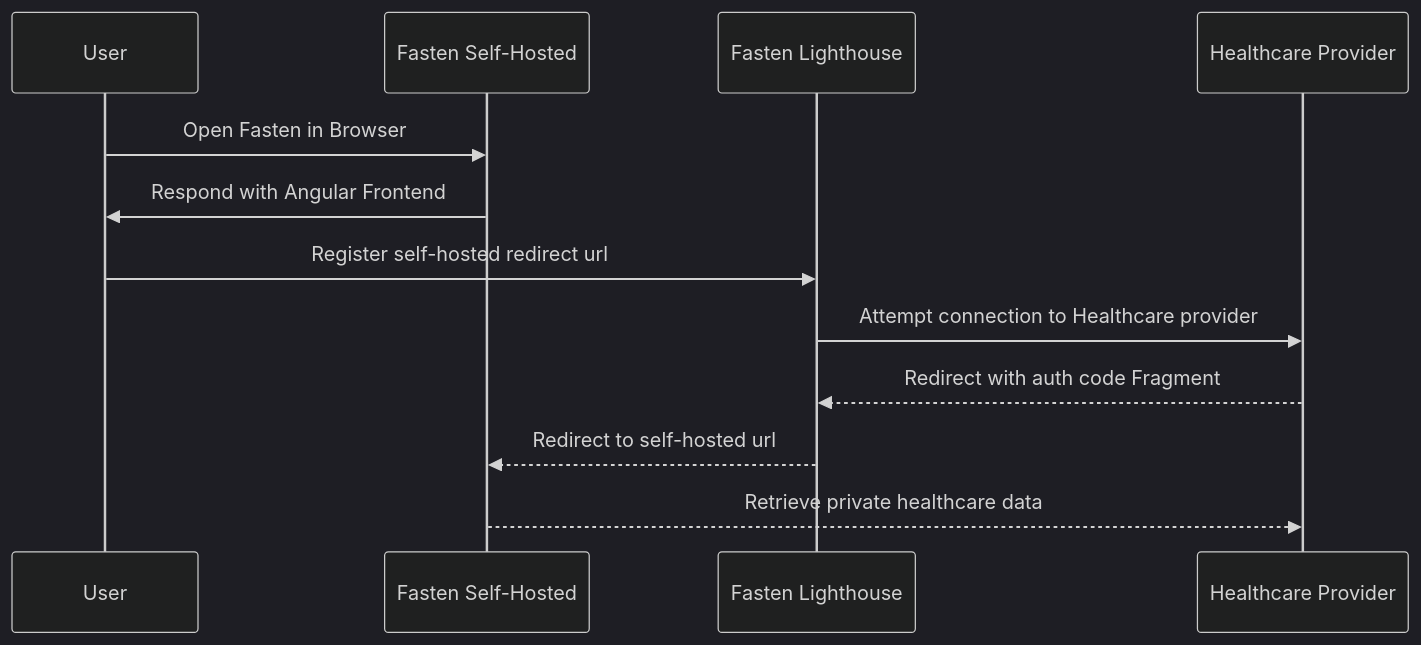
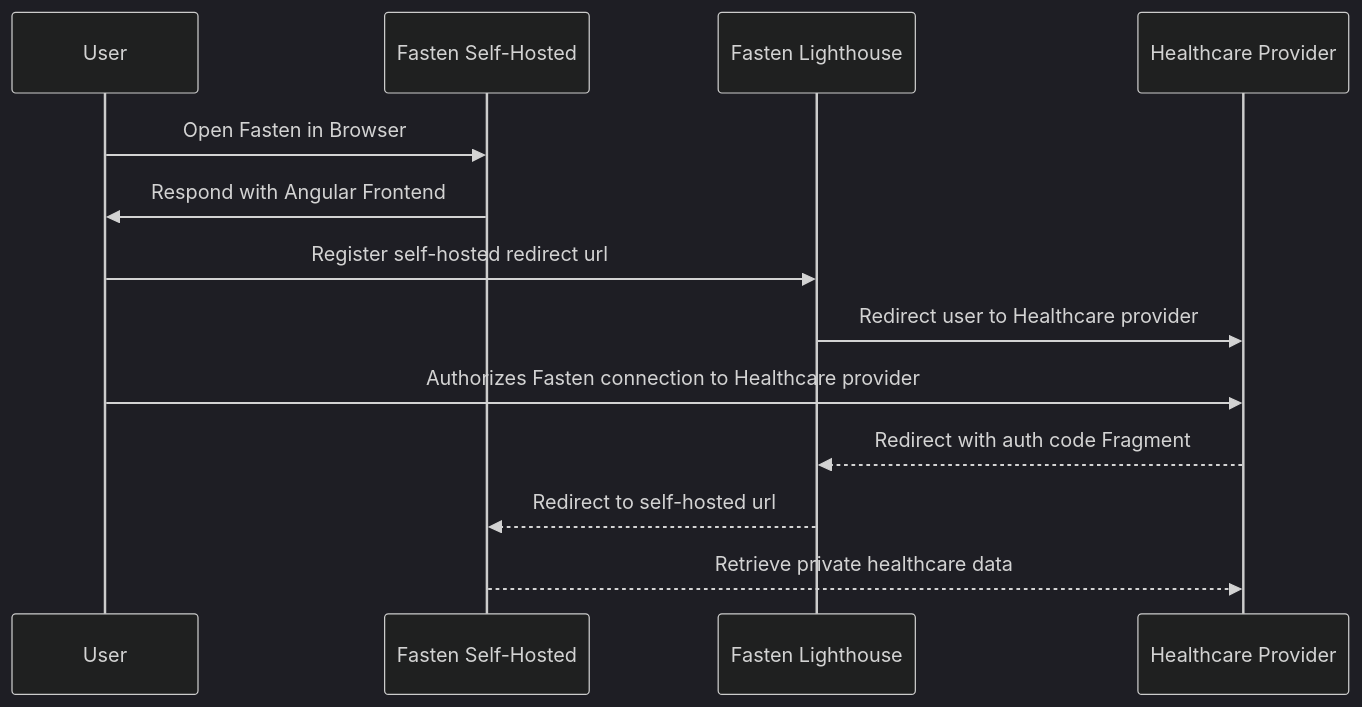
One commit to fastenhealth/docs changed the second of 2 diagrams in technical/ARCHITECTURE.md. Above: the diagram before and after it, drawn with Mermaid (dark theme).

Commit message:
vault backup: 2022-12-23 18:03:33

````diff
--- a/technical/ARCHITECTURE.md
+++ b/technical/ARCHITECTURE.md
@@ -28,10 +28,11 @@
 ```mermaid
 sequenceDiagram
 User->>Fasten Self-Hosted: Open Fasten in Browser
 Fasten Self-Hosted->>User: Respond with Angular Frontend
 User->>Fasten Lighthouse: Register self-hosted redirect url
-Fasten Lighthouse->>Healthcare Provider: Attempt connection to Healthcare provider
+Fasten Lighthouse->>Healthcare Provider: Redirect user to Healthcare provider
+User->>Healthcare Provider: Authorizes Fasten connection to Healthcare provider
 Healthcare Provider-->>Fasten Lighthouse: Redirect with auth code Fragment
 Fasten Lighthouse-->>Fasten Self-Hosted: Redirect to self-hosted url 
 Fasten Self-Hosted-->>Healthcare Provider:Retrieve private healthcare data
 ```
````
